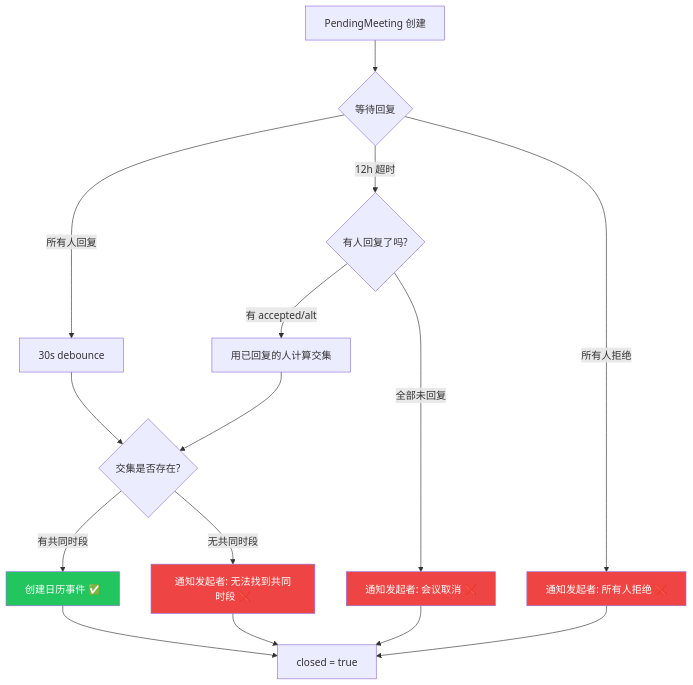
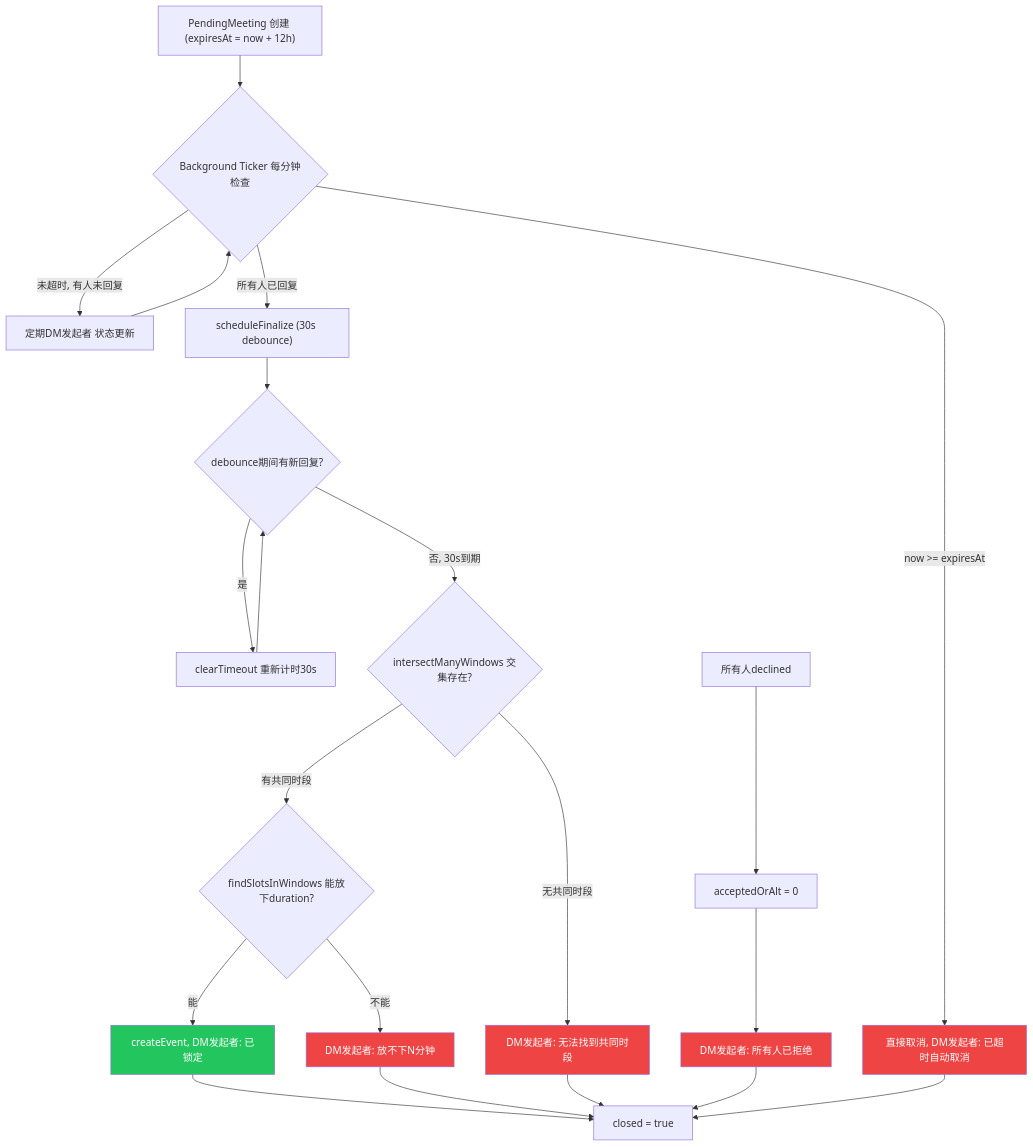
One commit to javana3/claw_meeting_all changed the second of 2 diagrams in docs/flow-diagram.md. Above: the diagram before and after it, drawn with Mermaid. The commit also changed other lines of this file, not shown here.

First line of the commit message:
fix: remove &nbsp; and <br/> from Mermaid diagrams for GitHub compatibility

````diff
--- a/docs/flow-diagram.md
+++ b/docs/flow-diagram.md
@@ -68,26 +77,36 @@
 ```mermaid
 flowchart TD
-    A[PendingMeeting 创建] --> B{等待回复}
+    A["PendingMeeting 创建 (expiresAt = now + 12h)"] --> B{"Background Ticker 每分钟检查"}
 
-    B -->|所有人回复| C[30s debounce]
-    C --> D{交集是否存在?}
-    D -->|有共同时段| E[创建日历事件 ✅]
-    D -->|无共同时段| F[通知发起者: 无法找到共同时段 ❌]
+    B -->|"未超时, 有人未回复"| C["定期DM发起者 状态更新"]
+    C --> B
 
-    B -->|12h 超时| G{有人回复了吗?}
-    G -->|有 accepted/alt| H[用已回复的人计算交集]
-    H --> D
-    G -->|全部未回复| I[通知发起者: 会议取消 ❌]
+    B -->|"now >= expiresAt"| D["直接取消, DM发起者: 已超时自动取消"]
 
-    B -->|所有人拒绝| J[通知发起者: 所有人拒绝 ❌]
+    B -->|"所有人已回复"| E["scheduleFinalize (30s debounce)"]
+    E --> F{"debounce期间有新回复?"}
+    F -->|"是"| G["clearTimeout 重新计时30s"]
+    G --> F
+    F -->|"否, 30s到期"| H{"intersectManyWindows 交集存在?"}
 
-    E --> K[closed = true]
-    F --> K
-    I --> K
-    J --> K
+    H -->|"有共同时段"| I{"findSlotsInWindows 能放下duration?"}
+    I -->|"能"| J["createEvent, DM发起者: 已锁定"]
+    I -->|"不能"| K["DM发起者: 放不下N分钟"]
 
-    style E fill:#22c55e,color:#fff
-    style F fill:#ef4444,color:#fff
-    style I fill:#ef4444,color:#fff
-    style J fill:#ef4444,color:#fff
+    H -->|"无共同时段"| L["DM发起者: 无法找到共同时段"]
+
+    M["所有人declined"] --> N["acceptedOrAlt = 0"]
+    N --> O["DM发起者: 所有人已拒绝"]
+
+    J --> P["closed = true"]
+    K --> P
+    L --> P
+    O --> P
+    D --> P
+
+    style J fill:#22c55e,color:#fff
+    style D fill:#ef4444,color:#fff
+    style K fill:#ef4444,color:#fff
+    style L fill:#ef4444,color:#fff
+    style O fill:#ef4444,color:#fff
 ```
````
